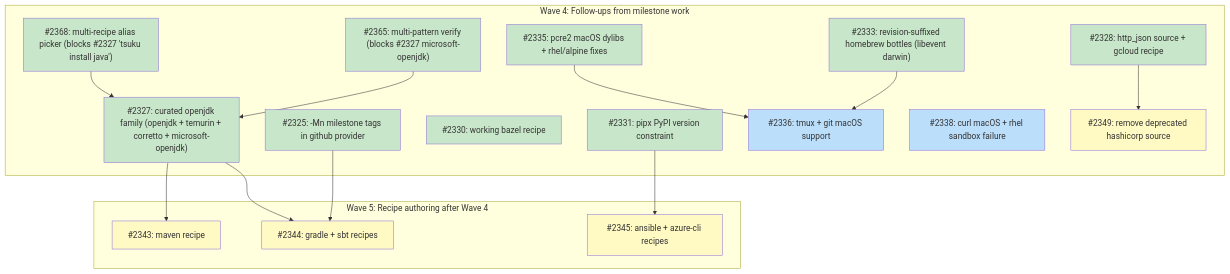
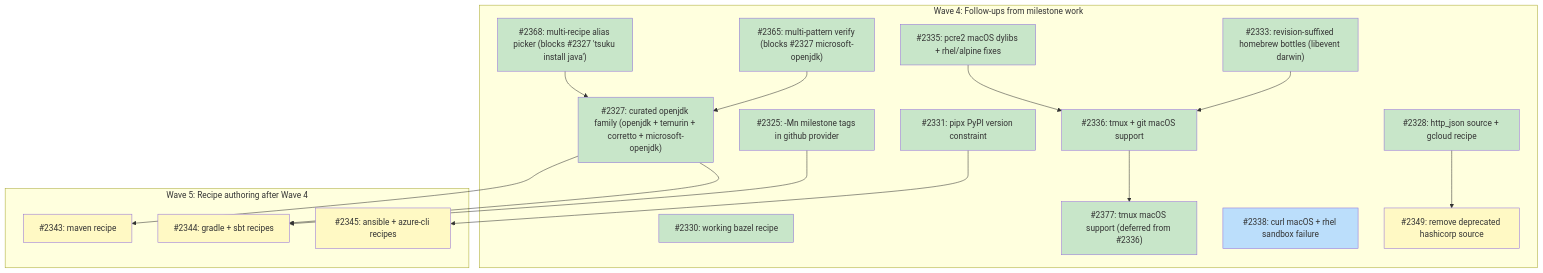
Before and after one commit to tsukumogami/tsuku: the diagram in docs/plans/PLAN-curated-recipes.md, drawn with Mermaid. The commit also changed other lines of this file and 2 other files, not shown here.

First line of the commit message:
feat(recipes,actions): add macOS support to tmux + fix gmake fallback

````diff
--- a/docs/plans/PLAN-curated-recipes.md
+++ b/docs/plans/PLAN-curated-recipes.md
@@ -144,48 +146,50 @@
 ```mermaid
 graph TD
     subgraph wave4 ["Wave 4: Follow-ups from milestone work"]
         I2325["#2325: -Mn milestone tags in github provider"]
         I2327["#2327: curated openjdk family (openjdk + temurin + corretto + microsoft-openjdk)"]
         I2328["#2328: http_json source + gcloud recipe"]
         I2330["#2330: working bazel recipe"]
         I2331["#2331: pipx PyPI version constraint"]
         I2333["#2333: revision-suffixed homebrew bottles (libevent darwin)"]
         I2335["#2335: pcre2 macOS dylibs + rhel/alpine fixes"]
         I2336["#2336: tmux + git macOS support"]
+        I2377["#2377: tmux macOS support (deferred from #2336)"]
         I2338["#2338: curl macOS + rhel sandbox failure"]
         I2349["#2349: remove deprecated hashicorp source"]
         I2365["#2365: multi-pattern verify (blocks #2327 microsoft-openjdk)"]
         I2368["#2368: multi-recipe alias picker (blocks #2327 'tsuku install java')"]
     end
 
     subgraph wave5 ["Wave 5: Recipe authoring after Wave 4"]
         I2343["#2343: maven recipe"]
         I2344["#2344: gradle + sbt recipes"]
         I2345["#2345: ansible + azure-cli recipes"]
     end
 
     I2333 --> I2336
     I2335 --> I2336
+    I2336 --> I2377
 
     I2365 --> I2327
     I2368 --> I2327
     I2327 --> I2343
     I2325 --> I2344
     I2327 --> I2344
     I2331 --> I2345
     I2328 --> I2349
 
     classDef done fill:#c8e6c9
     classDef ready fill:#bbdefb
     classDef blocked fill:#fff9c4
     classDef needsDesign fill:#e1bee7
     classDef needsPrd fill:#b3e5fc
     classDef needsSpike fill:#ffcdd2
     classDef needsDecision fill:#d1c4e9
     classDef tracksDesign fill:#FFE0B2,stroke:#F57C00,color:#000
     classDef tracksPlan fill:#FFE0B2,stroke:#F57C00,color:#000
 
-    class I2325,I2327,I2328,I2330,I2331,I2333,I2335,I2365,I2368 done
-    class I2336,I2338 ready
+    class I2325,I2327,I2328,I2330,I2331,I2333,I2335,I2336,I2365,I2368,I2377 done
+    class I2338 ready
     class I2343,I2344,I2345,I2349 blocked
 ```
````
